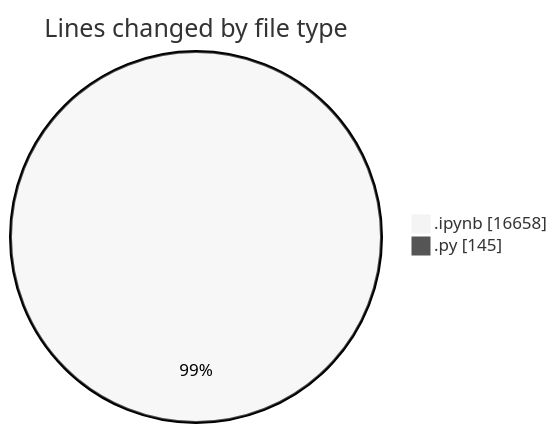
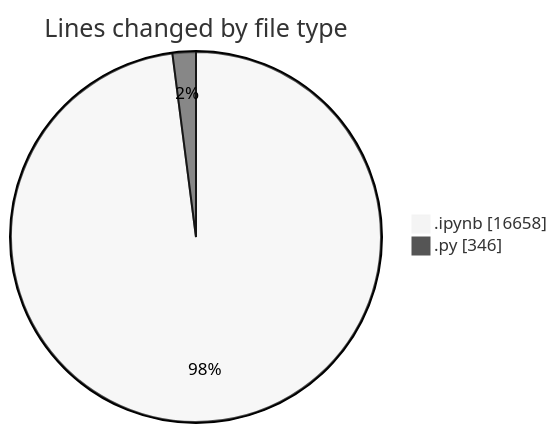
The first of 2 diagrams in 2025-03-20/myws__workspace_/README.md (MatusMokan/code-tracking), drawn with Mermaid (neutral theme) before and after one commit. The commit also changed other lines of this file and 1 other file, not shown here.

````diff
--- a/2025-03-20/myws__workspace_/README.md
+++ b/2025-03-20/myws__workspace_/README.md
@@ -21,6 +21,6 @@
 ```mermaid
 pie showData
 title Lines changed by file type
 ".ipynb" : 16658
-".py" : 145
+".py" : 346
 ```
````
